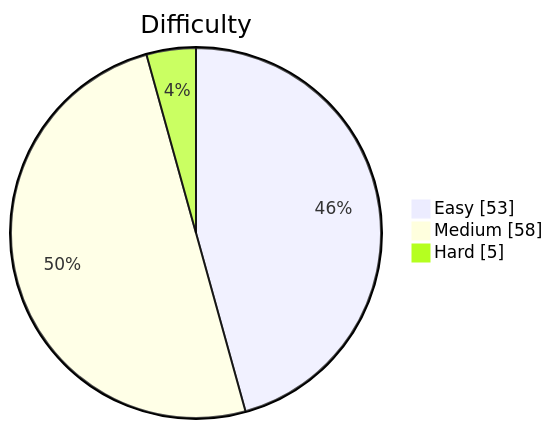
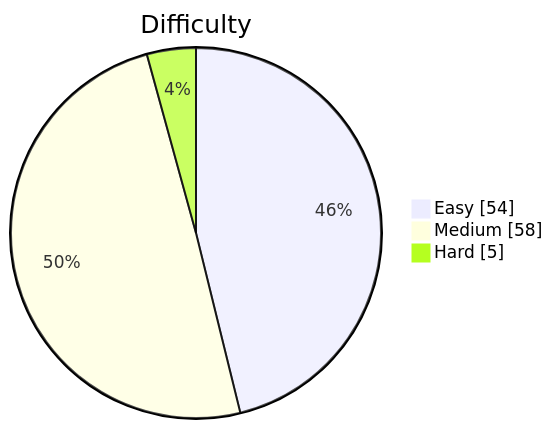
One commit to kevstevie/python-algo-practice changed the diagram in README.md. Above: the diagram before and after it, drawn with Mermaid. The commit also changed other lines of this file, not shown here.

````diff
--- a/README.md
+++ b/README.md
@@ -13,7 +13,7 @@
 ```mermaid
 pie showData
     title Difficulty
-    "Easy"   : 53
+    "Easy"   : 54
     "Medium" : 58
     "Hard"   : 5
 ```
````
